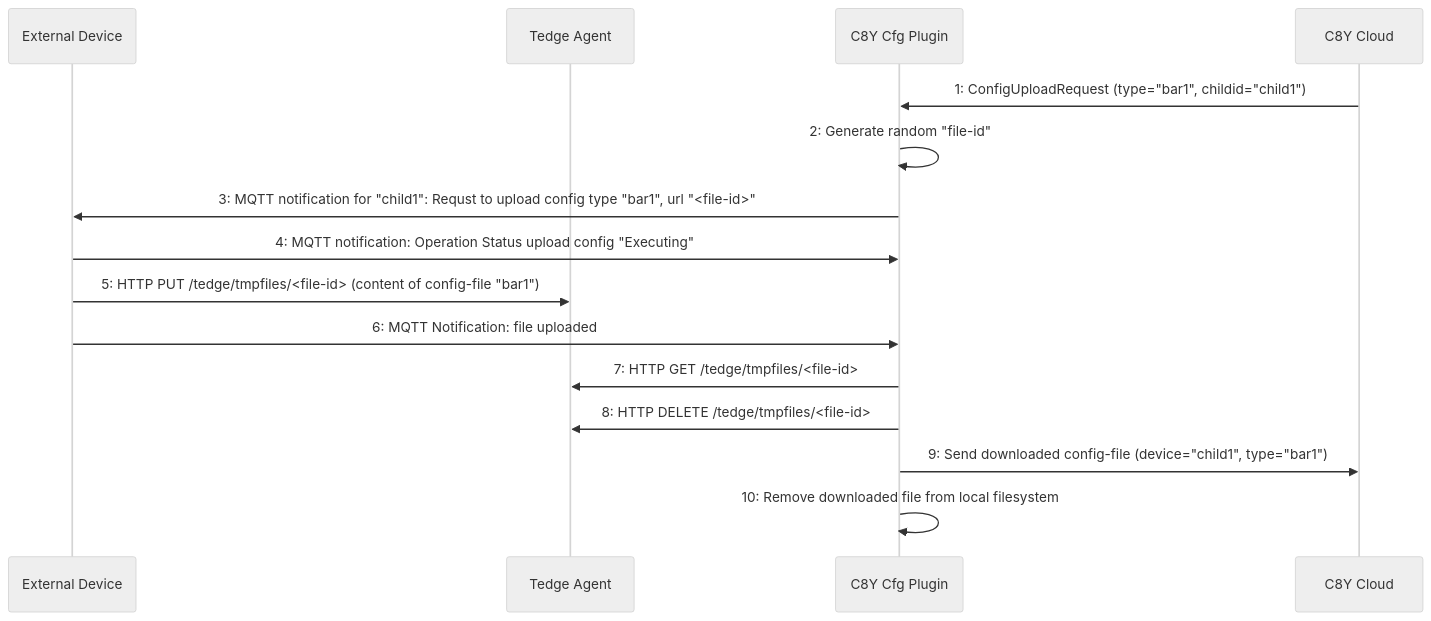
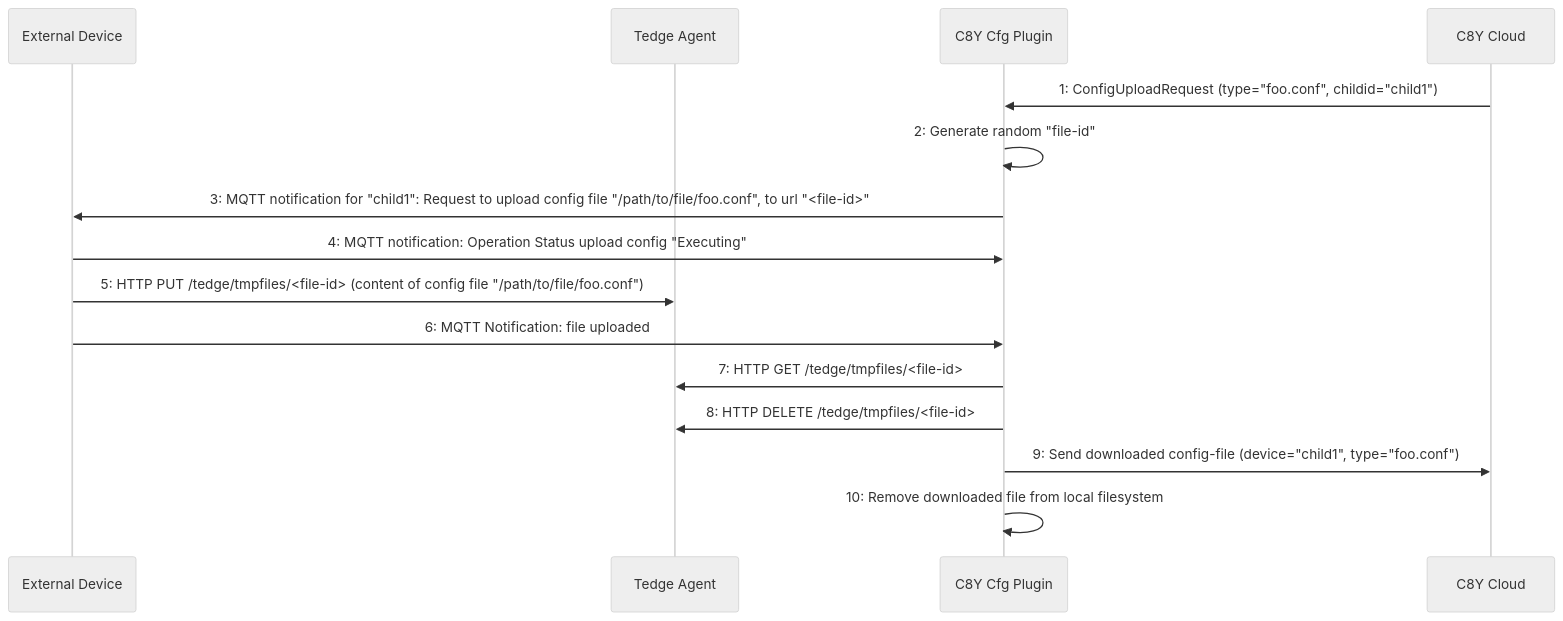
Before and after one commit to thin-edge/thin-edge.io: the first of 2 diagrams in docs/src/references/c8y-configuration-management.md, drawn with Mermaid (neutral theme). The commit also changed other lines of this file, not shown here.

Commit message:
replace type with path as refeferene to child-dev

````diff
--- a/docs/src/references/c8y-configuration-management.md
+++ b/docs/src/references/c8y-configuration-management.md
@@ -279,23 +290,23 @@
 ```mermaid
 sequenceDiagram
     participant External Device
     participant Tedge Agent
     participant C8Y Cfg Plugin
     participant C8Y Cloud
 
-        C8Y Cloud->>C8Y Cfg Plugin: 1: ConfigUploadRequest (type="bar1", childid="child1")
+        C8Y Cloud->>C8Y Cfg Plugin: 1: ConfigUploadRequest (type="foo.conf", childid="child1")
         C8Y Cfg Plugin->>C8Y Cfg Plugin: 2: Generate random "file-id"
-        C8Y Cfg Plugin->>External Device: 3: MQTT notification for "child1": Requst to upload config type "bar1", url "<file-id>" 
+        C8Y Cfg Plugin->>External Device: 3: MQTT notification for "child1": Request to upload config file "/path/to/file/foo.conf", to url "<file-id>" 
 
         External Device->>C8Y Cfg Plugin: 4: MQTT notification: Operation Status upload config "Executing" 
 
-        External Device->>Tedge Agent: 5: HTTP PUT /tedge/tmpfiles/<file-id> (content of config-file "bar1")
+        External Device->>Tedge Agent: 5: HTTP PUT /tedge/tmpfiles/<file-id> (content of config file "/path/to/file/foo.conf")
 
         External Device->>C8Y Cfg Plugin: 6: MQTT Notification: file uploaded
         
         C8Y Cfg Plugin->>Tedge Agent: 7: HTTP GET /tedge/tmpfiles/<file-id>
         C8Y Cfg Plugin->>Tedge Agent: 8: HTTP DELETE /tedge/tmpfiles/<file-id>
-        C8Y Cfg Plugin->>C8Y Cloud: 9: Send downloaded config-file (device="child1", type="bar1") 
+        C8Y Cfg Plugin->>C8Y Cloud: 9: Send downloaded config-file (device="child1", type="foo.conf") 
 
         C8Y Cfg Plugin->>C8Y Cfg Plugin: 10: Remove downloaded file from local filesystem
 ```
````
